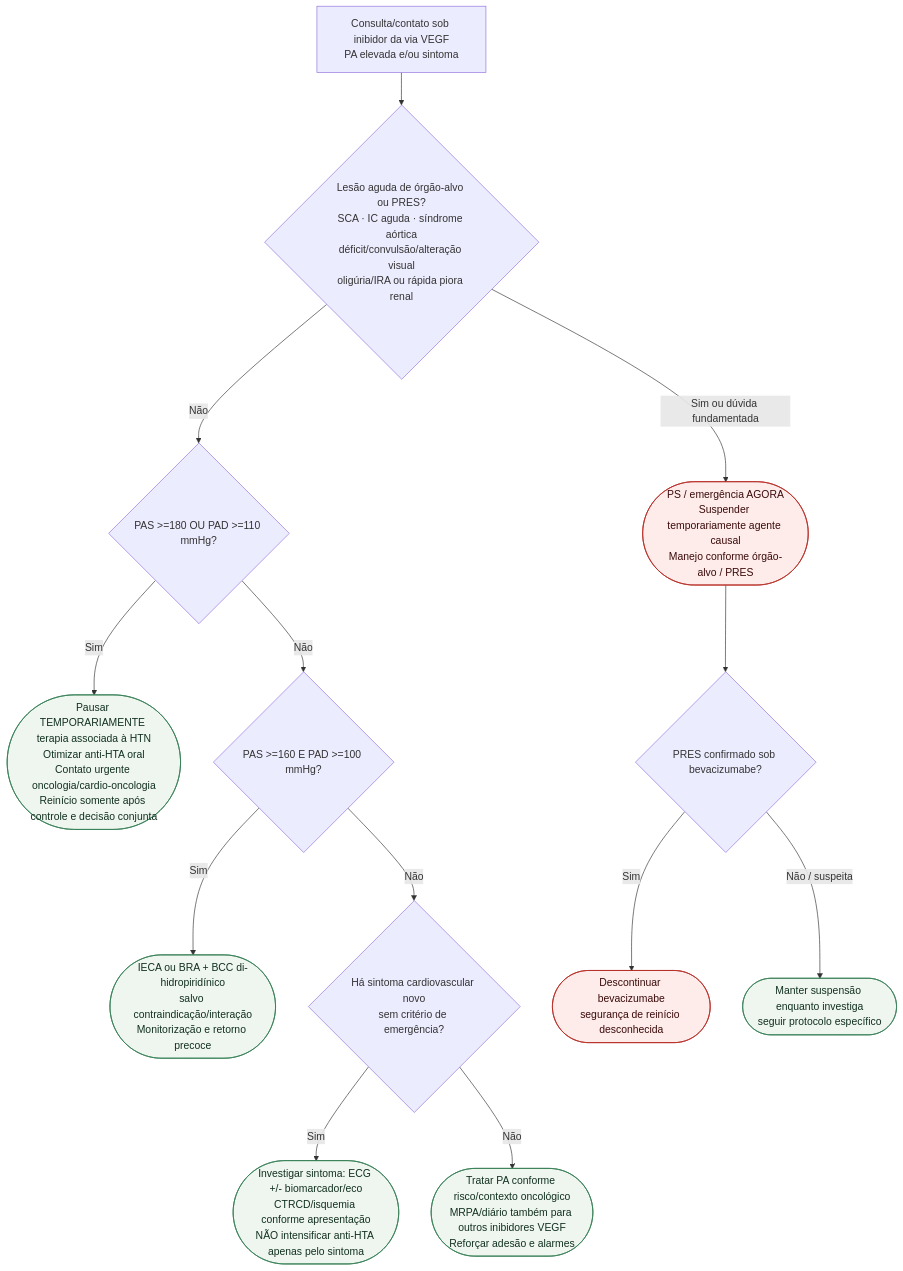
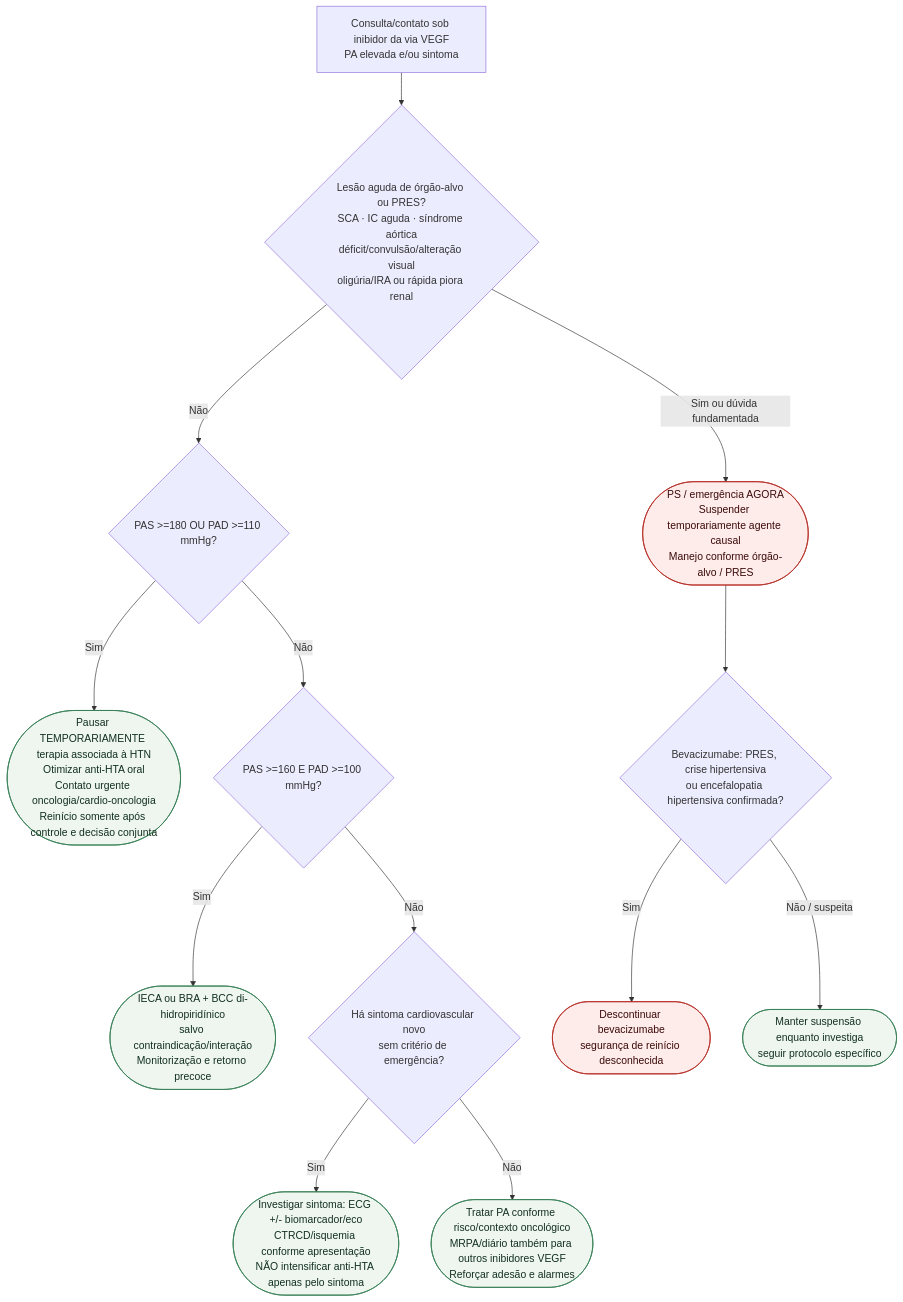
The diagram in content/Cardio-oncologia/fluxograma-ambulatorial-hipertensao-por-vegf-tki-destino.md (rafaelpaesmeirelles/MeuCardio), drawn with Mermaid before and after one commit. The commit also changed other lines of this file and 25 other files, not shown here.

Commit message:
fix(science): reconcile iron guidance and validate final clinical flows

````diff
--- a/content/Cardio-oncologia/fluxograma-ambulatorial-hipertensao-por-vegf-tki-destino.md
+++ b/content/Cardio-oncologia/fluxograma-ambulatorial-hipertensao-por-vegf-tki-destino.md
@@ -20,29 +20,29 @@
 ```mermaid
 flowchart TD
   R0["Consulta/contato sob inibidor da via VEGF<br/>PA elevada e/ou sintoma"] --> D1{"Lesão aguda de órgão-alvo ou PRES?<br/>SCA · IC aguda · síndrome aórtica<br/>déficit/convulsão/alteração visual<br/>oligúria/IRA ou rápida piora renal"}
 
   D1 -->|"Sim ou dúvida fundamentada"| C1(["PS / emergência AGORA<br/>Suspender temporariamente agente causal<br/>Manejo conforme órgão-alvo / PRES"])
 
   D1 -->|"Não"| D2{"PAS >=180 OU PAD >=110 mmHg?"}
 
   D2 -->|"Sim"| C2(["Pausar TEMPORARIAMENTE terapia associada à HTN<br/>Otimizar anti-HTA oral<br/>Contato urgente oncologia/cardio-oncologia<br/>Reinício somente após controle e decisão conjunta"])
 
   D2 -->|"Não"| D3{"PAS >=160 E PAD >=100 mmHg?"}
 
   D3 -->|"Sim"| C3(["IECA ou BRA + BCC di-hidropiridínico<br/>salvo contraindicação/interação<br/>Monitorização e retorno precoce"])
 
   D3 -->|"Não"| D4{"Há sintoma cardiovascular novo<br/>sem critério de emergência?"}
 
   D4 -->|"Sim"| C4(["Investigar sintoma: ECG +/- biomarcador/eco<br/>CTRCD/isquemia conforme apresentação<br/>NÃO intensificar anti-HTA apenas pelo sintoma"])
 
   D4 -->|"Não"| C5(["Tratar PA conforme risco/contexto oncológico<br/>MRPA/diário também para outros inibidores VEGF<br/>Reforçar adesão e alarmes"])
 
-  C1 --> D5{"PRES confirmado sob bevacizumabe?"}
+  C1 --> D5{"Bevacizumabe: PRES, crise hipertensiva<br/>ou encefalopatia hipertensiva confirmada?"}
   D5 -->|"Sim"| C6(["Descontinuar bevacizumabe<br/>segurança de reinício desconhecida"])
   D5 -->|"Não / suspeita"| C7(["Manter suspensão enquanto investiga<br/>seguir protocolo específico"])
 
   classDef alerta fill:#fdecea,stroke:#b3261e,color:#3b0a0a;
   classDef conduta fill:#eef6ef,stroke:#2f7a4f,color:#12301f;
   class C1,C6 alerta;
   class C2,C3,C4,C5,C7 conduta;
 ```
````
